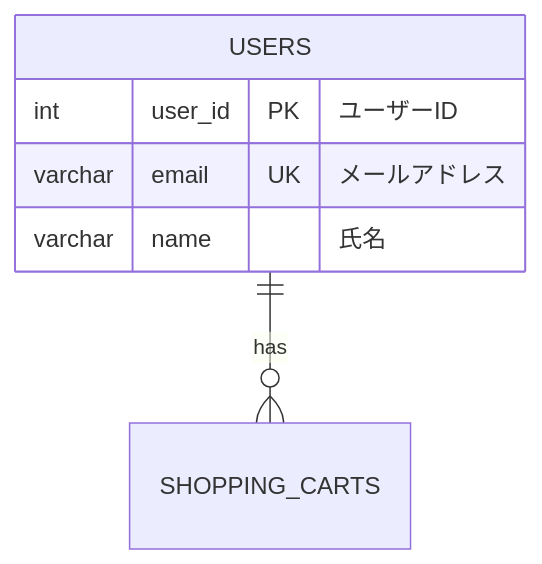
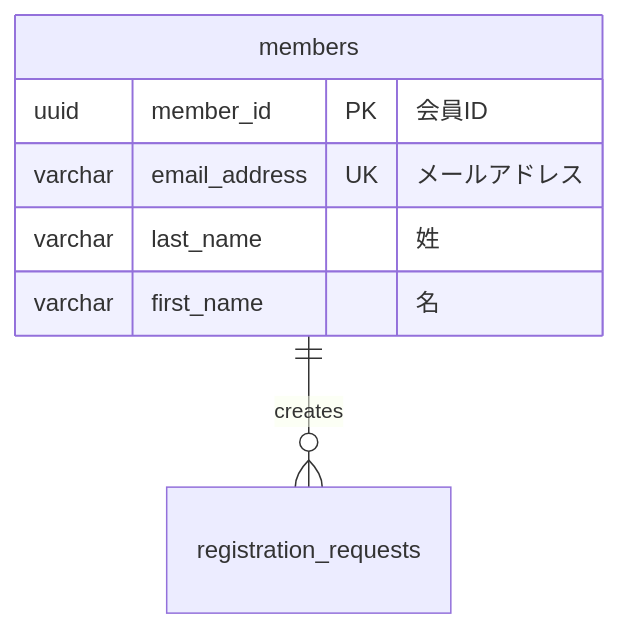
Before and after one commit to MasaruFukazawa/designdocs-sample.fukazawasoftwaredevelopment.com: the diagram in .cursor/docs/design/database.md, drawn with Mermaid. The commit also changed other lines of this file and 6 other files, not shown here.

````diff
--- a/.cursor/docs/design/database.md
+++ b/.cursor/docs/design/database.md
@@ -44,10 +56,11 @@
 ```mermaid
 erDiagram
-    USERS {
-        int user_id PK "ユーザーID"
-        varchar email UK "メールアドレス"
-        varchar name "氏名"
+    members {
+        uuid member_id PK "会員ID"
+        varchar email_address UK "メールアドレス"
+        varchar last_name "姓"
+        varchar first_name "名"
     }
     
-    USERS ||--o{ SHOPPING_CARTS : has
+    members ||--o{ registration_requests : creates
 ```
````
